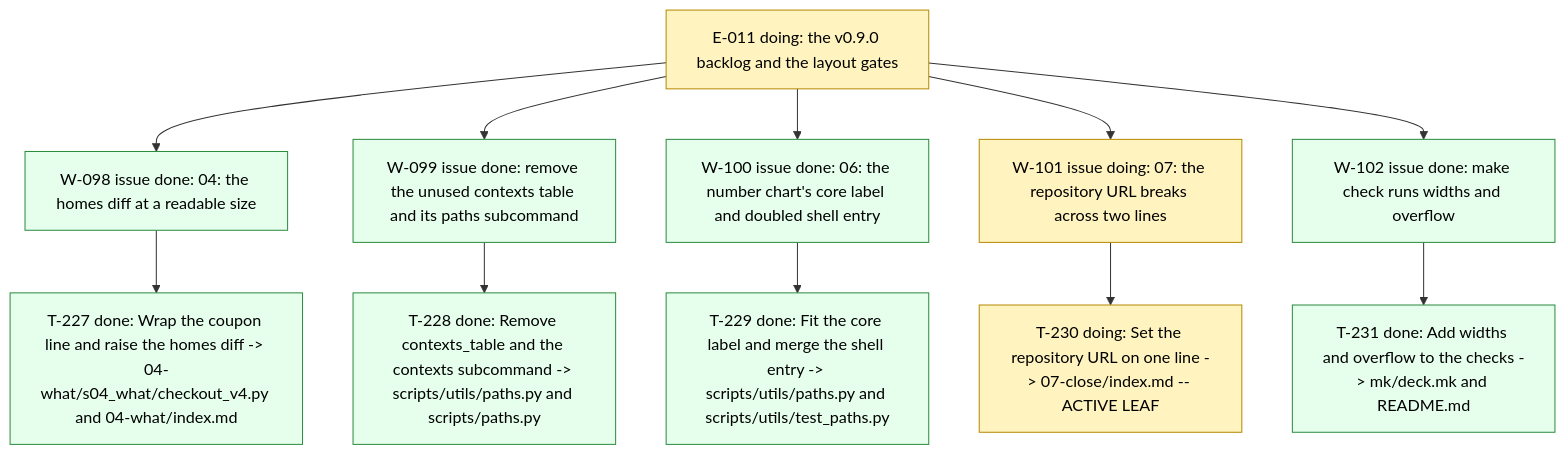
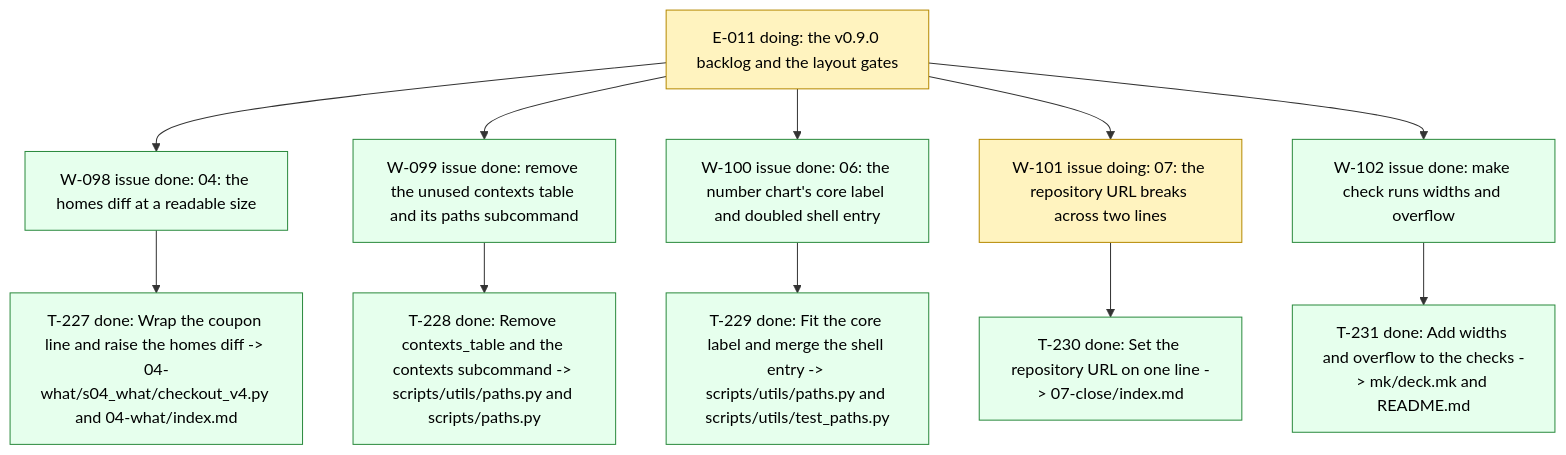
One commit to dpopchev/chaos-to-simple changed the diagram in .board/BOARD.md. Above: the diagram before and after it, drawn with Mermaid. The commit also changed other lines of this file and 1 other file, not shown here.

Commit message:
chore(board): close T-230 -- W-101 ready to land
Refs: W-101 T-230

````diff
--- a/.board/BOARD.md
+++ b/.board/BOARD.md
@@ -594,21 +594,21 @@
 ```mermaid
 flowchart TD
   E011["E-011 doing: the v0.9.0 backlog and the layout gates"]
   E011 --> W098["W-098 issue done: 04: the homes diff at a readable size"]
   W098 --> T227["T-227 done: Wrap the coupon line and raise the homes diff -> 04-what/s04_what/checkout_v4.py and 04-what/index.md"]
   E011 --> W099["W-099 issue done: remove the unused contexts table and its paths subcommand"]
   W099 --> T228["T-228 done: Remove contexts_table and the contexts subcommand -> scripts/utils/paths.py and scripts/paths.py"]
   E011 --> W100["W-100 issue done: 06: the number chart's core label and doubled shell entry"]
   W100 --> T229["T-229 done: Fit the core label and merge the shell entry -> scripts/utils/paths.py and scripts/utils/test_paths.py"]
   E011 --> W101["W-101 issue doing: 07: the repository URL breaks across two lines"]
-  W101 --> T230["T-230 doing: Set the repository URL on one line -> 07-close/index.md -- ACTIVE LEAF"]
+  W101 --> T230["T-230 done: Set the repository URL on one line -> 07-close/index.md"]
   E011 --> W102["W-102 issue done: make check runs widths and overflow"]
   W102 --> T231["T-231 done: Add widths and overflow to the checks -> mk/deck.mk and README.md"]
   classDef doing fill:#fff3bf,stroke:#b58900,color:#000;
   classDef blocked fill:#ffe3e3,stroke:#c92a2a,color:#000;
   classDef done fill:#e6ffed,stroke:#2b8a3e,color:#000;
   classDef todo fill:#f8f9fa,stroke:#868e96,color:#000;
   classDef pruned fill:#f1f3f5,stroke:#adb5bd,color:#000;
-  class E011,W101,T230 doing
-  class W098,T227,W099,T228,W100,T229,W102,T231 done
+  class E011,W101 doing
+  class W098,T227,W099,T228,W100,T229,T230,W102,T231 done
 ```
````
